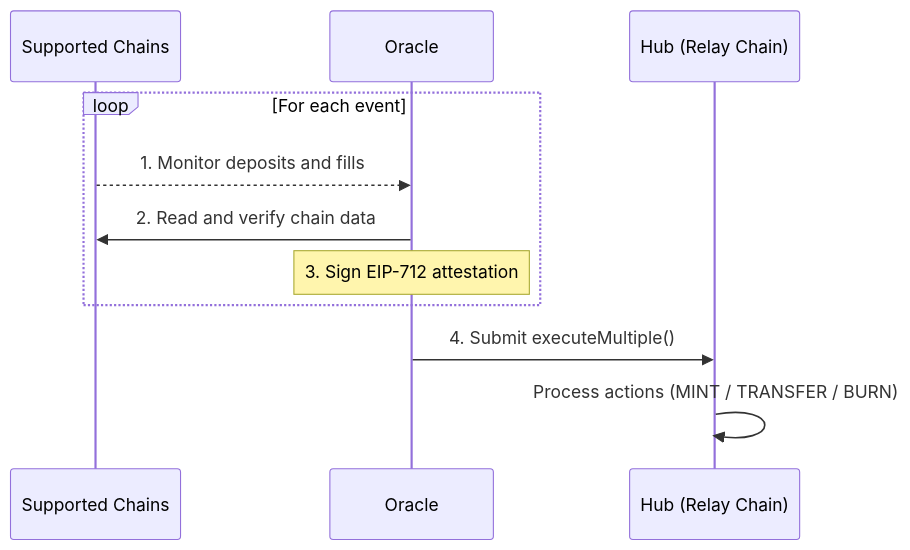
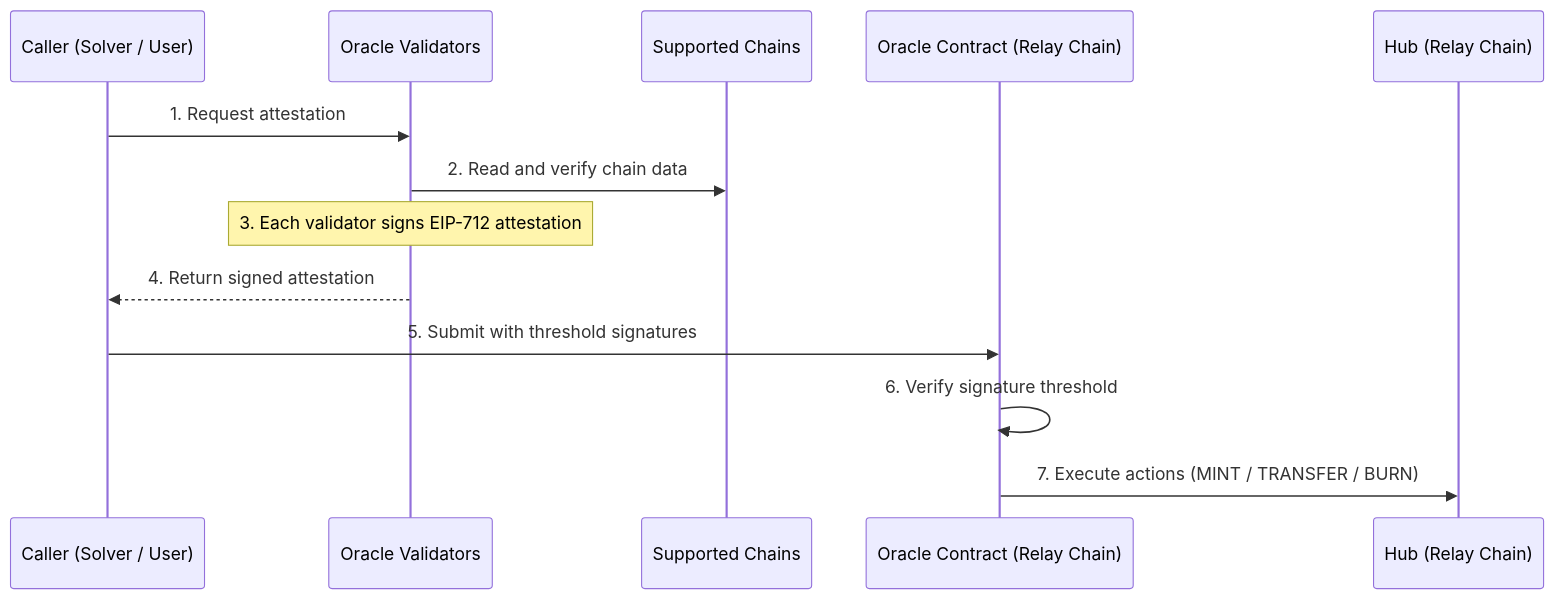
The diagram in references/protocol/components/oracle.mdx (relayprotocol/relay-docs), drawn with Mermaid before and after one commit. The commit also changed other lines of this file and 5 other files, not shown here.

First line of the commit message:
Rewrite protocol flows: pull-based Oracle, refund/forced exit, withdrawal updates

````diff
--- a/references/protocol/components/oracle.mdx
+++ b/references/protocol/components/oracle.mdx
@@ -35,14 +43,16 @@
 ```mermaid
 sequenceDiagram
+    participant Caller as Caller (Solver / User)
+    participant V as Oracle Validators
     participant Chains as Supported Chains
-    participant Oracle
+    participant OC as Oracle Contract (Relay Chain)
     participant Hub as Hub (Relay Chain)
 
-    loop For each event
-        Chains-->>Oracle: 1. Monitor deposits and fills
-        Oracle->>Chains: 2. Read and verify chain data
-        Note over Oracle: 3. Sign EIP-712 attestation
-    end
-    Oracle->>Hub: 4. Submit executeMultiple()
-    Hub->>Hub: Process actions (MINT / TRANSFER / BURN)
+    Caller->>V: 1. Request attestation
+    V->>Chains: 2. Read and verify chain data
+    Note over V: 3. Each validator signs EIP-712 attestation
+    V-->>Caller: 4. Return signed attestation
+    Caller->>OC: 5. Submit with threshold signatures
+    OC->>OC: 6. Verify signature threshold
+    OC->>Hub: 7. Execute actions (MINT / TRANSFER / BURN)
 ```
````
